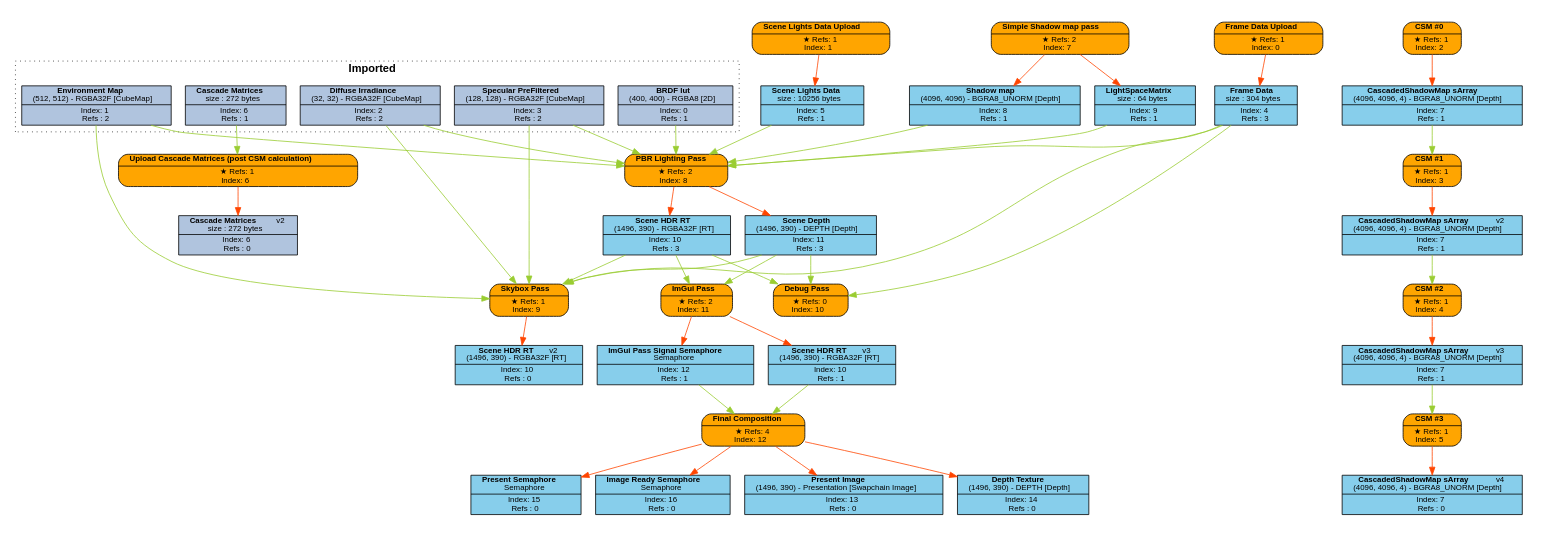
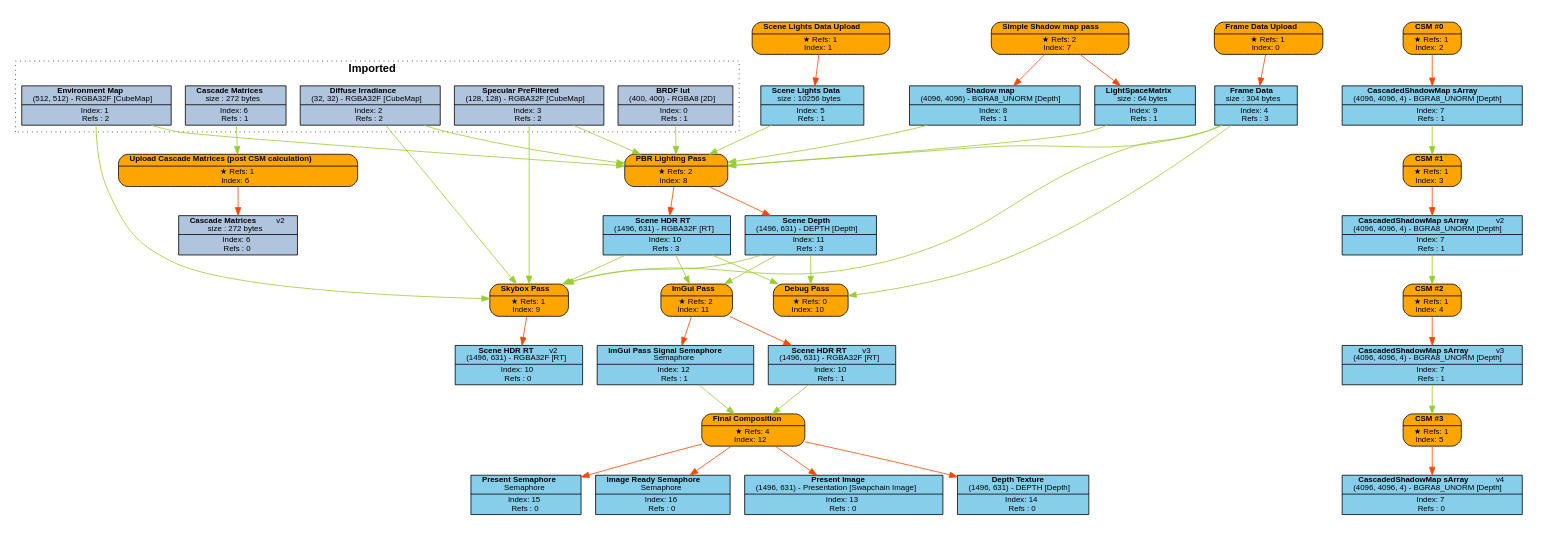
The diagram in Engine/content/FrameGraphs/pbr_lighting_test.dot (Pikachuxxxx/Razix), drawn with Graphviz before and after one commit. The commit also changed 22 other files, not shown here.

Commit message:
[Graphics] Added unity-like procedural skybox;

```diff
--- a/Engine/content/FrameGraphs/pbr_lighting_test.dot
+++ b/Engine/content/FrameGraphs/pbr_lighting_test.dot
@@ -1,126 +1,126 @@
 digraph FrameGraph {
 graph [style=invis, rankdir="TB" ordering=out, splines=spline]
 node [shape=record, fontname="helvetica", fontsize=10, margin="0.2,0.03"]
 
 P0 [label=<{ {<B>Frame Data Upload</B>} | {&#x2605; Refs: 1<BR/> Index: 0} }> style="rounded,filled", fillcolor=orange]
 P1 [label=<{ {<B>Scene Lights Data Upload</B>} | {&#x2605; Refs: 1<BR/> Index: 1} }> style="rounded,filled", fillcolor=orange]
 P2 [label=<{ {<B>CSM #0</B>} | {&#x2605; Refs: 1<BR/> Index: 2} }> style="rounded,filled", fillcolor=orange]
 P3 [label=<{ {<B>CSM #1</B>} | {&#x2605; Refs: 1<BR/> Index: 3} }> style="rounded,filled", fillcolor=orange]
 P4 [label=<{ {<B>CSM #2</B>} | {&#x2605; Refs: 1<BR/> Index: 4} }> style="rounded,filled", fillcolor=orange]
 P5 [label=<{ {<B>CSM #3</B>} | {&#x2605; Refs: 1<BR/> Index: 5} }> style="rounded,filled", fillcolor=orange]
 P6 [label=<{ {<B>Upload Cascade Matrices (post CSM calculation)</B>} | {&#x2605; Refs: 1<BR/> Index: 6} }> style="rounded,filled", fillcolor=orange]
 P7 [label=<{ {<B>Simple Shadow map pass</B>} | {&#x2605; Refs: 2<BR/> Index: 7} }> style="rounded,filled", fillcolor=orange]
 P8 [label=<{ {<B>PBR Lighting Pass</B>} | {&#x2605; Refs: 2<BR/> Index: 8} }> style="rounded,filled", fillcolor=orange]
 P9 [label=<{ {<B>Skybox Pass</B>} | {&#x2605; Refs: 1<BR/> Index: 9} }> style="rounded,filled", fillcolor=orange]
 P10 [label=<{ {<B>Debug Pass</B>} | {&#x2605; Refs: 0<BR/> Index: 10} }> style="rounded,filled", fillcolor=orange]
 P11 [label=<{ {<B>ImGui Pass</B>} | {&#x2605; Refs: 2<BR/> Index: 11} }> style="rounded,filled", fillcolor=orange]
 P12 [label=<{ {<B>Final Composition</B>} | {&#x2605; Refs: 4<BR/> Index: 12} }> style="rounded,filled", fillcolor=orange]
 
 R0_1 [label=<{ {<B>BRDF lut</B><BR/>(400, 400) - RGBA8 [2D]} | {Index: 0<BR/>Refs : 1} }> style=filled, fillcolor=lightsteelblue]
 R1_1 [label=<{ {<B>Environment Map</B><BR/>(512, 512) - RGBA32F [CubeMap]} | {Index: 1<BR/>Refs : 2} }> style=filled, fillcolor=lightsteelblue]
 R2_1 [label=<{ {<B>Diffuse Irradiance</B><BR/>(32, 32) - RGBA32F [CubeMap]} | {Index: 2<BR/>Refs : 2} }> style=filled, fillcolor=lightsteelblue]
 R3_1 [label=<{ {<B>Specular PreFiltered</B><BR/>(128, 128) - RGBA32F [CubeMap]} | {Index: 3<BR/>Refs : 2} }> style=filled, fillcolor=lightsteelblue]
 R4_1 [label=<{ {<B>Frame Data</B><BR/>size : 304 bytes} | {Index: 4<BR/>Refs : 3} }> style=filled, fillcolor=skyblue]
 R5_1 [label=<{ {<B>Scene Lights Data</B><BR/>size : 10256 bytes} | {Index: 5<BR/>Refs : 1} }> style=filled, fillcolor=skyblue]
 R6_1 [label=<{ {<B>Cascade Matrices</B><BR/>size : 272 bytes} | {Index: 6<BR/>Refs : 1} }> style=filled, fillcolor=lightsteelblue]
 R7_1 [label=<{ {<B>CascadedShadowMap sArray</B><BR/>(4096, 4096, 4) - BGRA8_UNORM [Depth]} | {Index: 7<BR/>Refs : 1} }> style=filled, fillcolor=skyblue]
 R7_2 [label=<{ {<B>CascadedShadowMap sArray</B>   <FONT>v2</FONT><BR/>(4096, 4096, 4) - BGRA8_UNORM [Depth]} | {Index: 7<BR/>Refs : 1} }> style=filled, fillcolor=skyblue]
 R7_3 [label=<{ {<B>CascadedShadowMap sArray</B>   <FONT>v3</FONT><BR/>(4096, 4096, 4) - BGRA8_UNORM [Depth]} | {Index: 7<BR/>Refs : 1} }> style=filled, fillcolor=skyblue]
 R7_4 [label=<{ {<B>CascadedShadowMap sArray</B>   <FONT>v4</FONT><BR/>(4096, 4096, 4) - BGRA8_UNORM [Depth]} | {Index: 7<BR/>Refs : 0} }> style=filled, fillcolor=skyblue]
 R6_2 [label=<{ {<B>Cascade Matrices</B>   <FONT>v2</FONT><BR/>size : 272 bytes} | {Index: 6<BR/>Refs : 0} }> style=filled, fillcolor=lightsteelblue]
 R8_1 [label=<{ {<B>Shadow map</B><BR/>(4096, 4096) - BGRA8_UNORM [Depth]} | {Index: 8<BR/>Refs : 1} }> style=filled, fillcolor=skyblue]
 R9_1 [label=<{ {<B>LightSpaceMatrix</B><BR/>size : 64 bytes} | {Index: 9<BR/>Refs : 1} }> style=filled, fillcolor=skyblue]
-R10_1 [label=<{ {<B>Scene HDR RT</B><BR/>(1496, 390) - RGBA32F [RT]} | {Index: 10<BR/>Refs : 3} }> style=filled, fillcolor=skyblue]
-R11_1 [label=<{ {<B>Scene Depth</B><BR/>(1496, 390) - DEPTH [Depth]} | {Index: 11<BR/>Refs : 3} }> style=filled, fillcolor=skyblue]
-R10_2 [label=<{ {<B>Scene HDR RT</B>   <FONT>v2</FONT><BR/>(1496, 390) - RGBA32F [RT]} | {Index: 10<BR/>Refs : 0} }> style=filled, fillcolor=skyblue]
+R10_1 [label=<{ {<B>Scene HDR RT</B><BR/>(1496, 631) - RGBA32F [RT]} | {Index: 10<BR/>Refs : 3} }> style=filled, fillcolor=skyblue]
+R11_1 [label=<{ {<B>Scene Depth</B><BR/>(1496, 631) - DEPTH [Depth]} | {Index: 11<BR/>Refs : 3} }> style=filled, fillcolor=skyblue]
+R10_2 [label=<{ {<B>Scene HDR RT</B>   <FONT>v2</FONT><BR/>(1496, 631) - RGBA32F [RT]} | {Index: 10<BR/>Refs : 0} }> style=filled, fillcolor=skyblue]
 R12_1 [label=<{ {<B>ImGui Pass Signal Semaphore</B><BR/>Semaphore} | {Index: 12<BR/>Refs : 1} }> style=filled, fillcolor=skyblue]
-R10_3 [label=<{ {<B>Scene HDR RT</B>   <FONT>v3</FONT><BR/>(1496, 390) - RGBA32F [RT]} | {Index: 10<BR/>Refs : 1} }> style=filled, fillcolor=skyblue]
-R13_1 [label=<{ {<B>Present Image</B><BR/>(1496, 390) - Presentation [Swapchain Image]} | {Index: 13<BR/>Refs : 0} }> style=filled, fillcolor=skyblue]
-R14_1 [label=<{ {<B>Depth Texture</B><BR/>(1496, 390) - DEPTH [Depth]} | {Index: 14<BR/>Refs : 0} }> style=filled, fillcolor=skyblue]
+R10_3 [label=<{ {<B>Scene HDR RT</B>   <FONT>v3</FONT><BR/>(1496, 631) - RGBA32F [RT]} | {Index: 10<BR/>Refs : 1} }> style=filled, fillcolor=skyblue]
+R13_1 [label=<{ {<B>Present Image</B><BR/>(1496, 631) - Presentation [Swapchain Image]} | {Index: 13<BR/>Refs : 0} }> style=filled, fillcolor=skyblue]
+R14_1 [label=<{ {<B>Depth Texture</B><BR/>(1496, 631) - DEPTH [Depth]} | {Index: 14<BR/>Refs : 0} }> style=filled, fillcolor=skyblue]
 R15_1 [label=<{ {<B>Present Semaphore</B><BR/>Semaphore} | {Index: 15<BR/>Refs : 0} }> style=filled, fillcolor=skyblue]
 R16_1 [label=<{ {<B>Image Ready Semaphore</B><BR/>Semaphore} | {Index: 16<BR/>Refs : 0} }> style=filled, fillcolor=skyblue]
 
 P0 -> { R4_1 } [color=orangered]
 P1 -> { R5_1 } [color=orangered]
 P2 -> { R7_1 } [color=orangered]
 P3 -> { R7_2 } [color=orangered]
 P4 -> { R7_3 } [color=orangered]
 P5 -> { R7_4 } [color=orangered]
 P6 -> { R6_2 } [color=orangered]
 P7 -> { R8_1 R9_1 } [color=orangered]
 P8 -> { R10_1 R11_1 } [color=orangered]
 P9 -> { R10_2 } [color=orangered]
 P10 -> { } [color=orangered]
 P11 -> { R10_3 R12_1 } [color=orangered]
 P12 -> { R13_1 R14_1 R15_1 R16_1 } [color=orangered]
 
 R0_1 -> { P8 } [color=olivedrab3]
 R1_1 -> { P8 P9 } [color=olivedrab3]
 R2_1 -> { P8 P9 } [color=olivedrab3]
 R3_1 -> { P8 P9 } [color=olivedrab3]
 R4_1 -> { P8 P9 P10 } [color=olivedrab3]
 R5_1 -> { P8 } [color=olivedrab3]
 R6_1 -> { P6 } [color=olivedrab3]
 R7_1 -> { P3 } [color=olivedrab3]
 R7_2 -> { P4 } [color=olivedrab3]
 R7_3 -> { P5 } [color=olivedrab3]
 R7_4 -> { } [color=olivedrab3]
 R6_2 -> { } [color=olivedrab3]
 R8_1 -> { P8 } [color=olivedrab3]
 R9_1 -> { P8 } [color=olivedrab3]
 R10_1 -> { P9 P10 P11 } [color=olivedrab3]
 R11_1 -> { P9 P10 P11 } [color=olivedrab3]
 R10_2 -> { } [color=olivedrab3]
 R12_1 -> { P12 } [color=olivedrab3]
 R10_3 -> { P12 } [color=olivedrab3]
 R13_1 -> { } [color=olivedrab3]
 R14_1 -> { } [color=olivedrab3]
 R15_1 -> { } [color=olivedrab3]
 R16_1 -> { } [color=olivedrab3]
 
 subgraph cluster_0 {
 P0 R4_1 
 }
 subgraph cluster_1 {
 P1 R5_1 
 }
 subgraph cluster_2 {
 P2 R7_1 
 }
 subgraph cluster_3 {
 P3 
 }
 subgraph cluster_4 {
 P4 
 }
 subgraph cluster_5 {
 P5 
 }
 subgraph cluster_6 {
 P6 
 }
 subgraph cluster_7 {
 P7 R8_1 R9_1 
 }
 subgraph cluster_8 {
 P8 R10_1 R11_1 
 }
 subgraph cluster_9 {
 P9 
 }
 subgraph cluster_10 {
 P10 
 }
 subgraph cluster_11 {
 P11 R12_1 
 }
 subgraph cluster_12 {
 P12 R13_1 R14_1 R15_1 R16_1 
 }
 
 subgraph cluster_imported_resources {
 graph [style=dotted, fontname="helvetica", label=< <B>Imported</B> >]
 R0_1 R1_1 R2_1 R3_1 R6_1 
 }
 
 }
```
